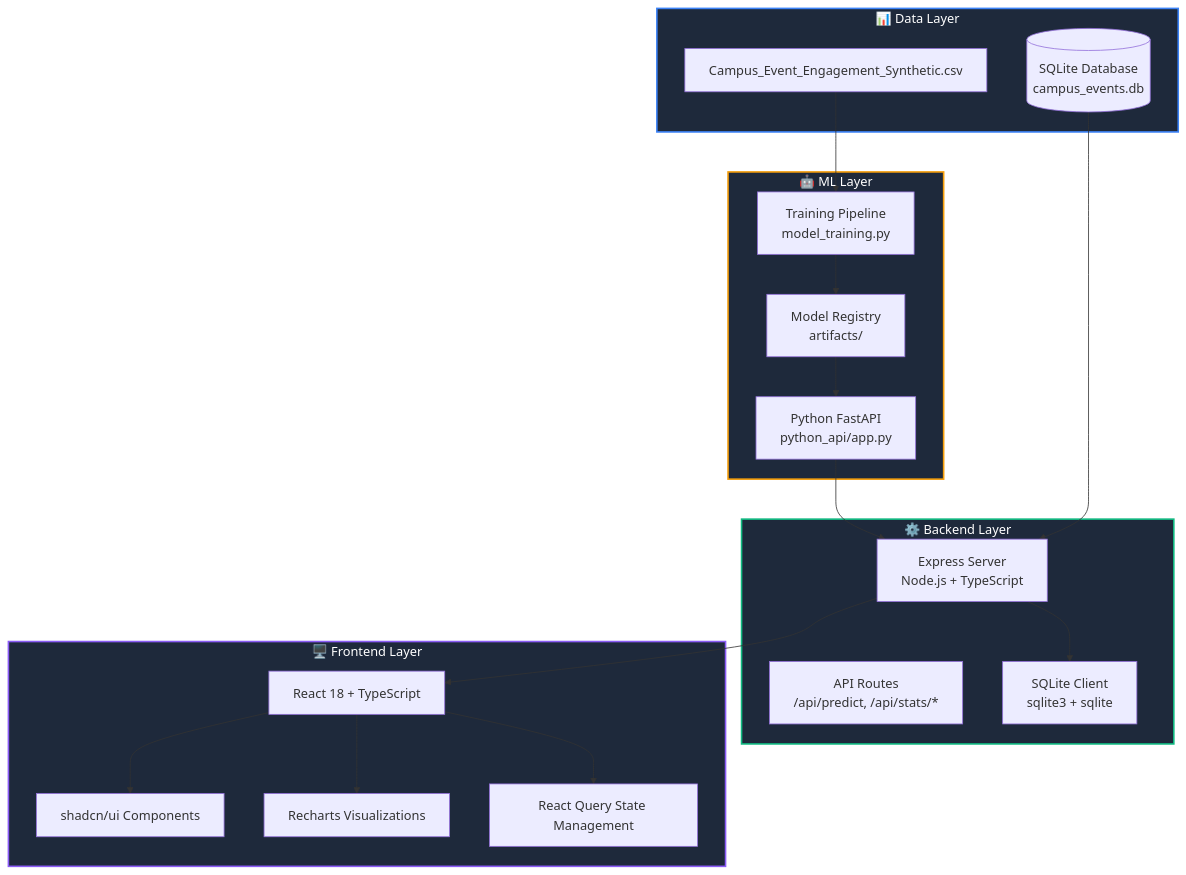
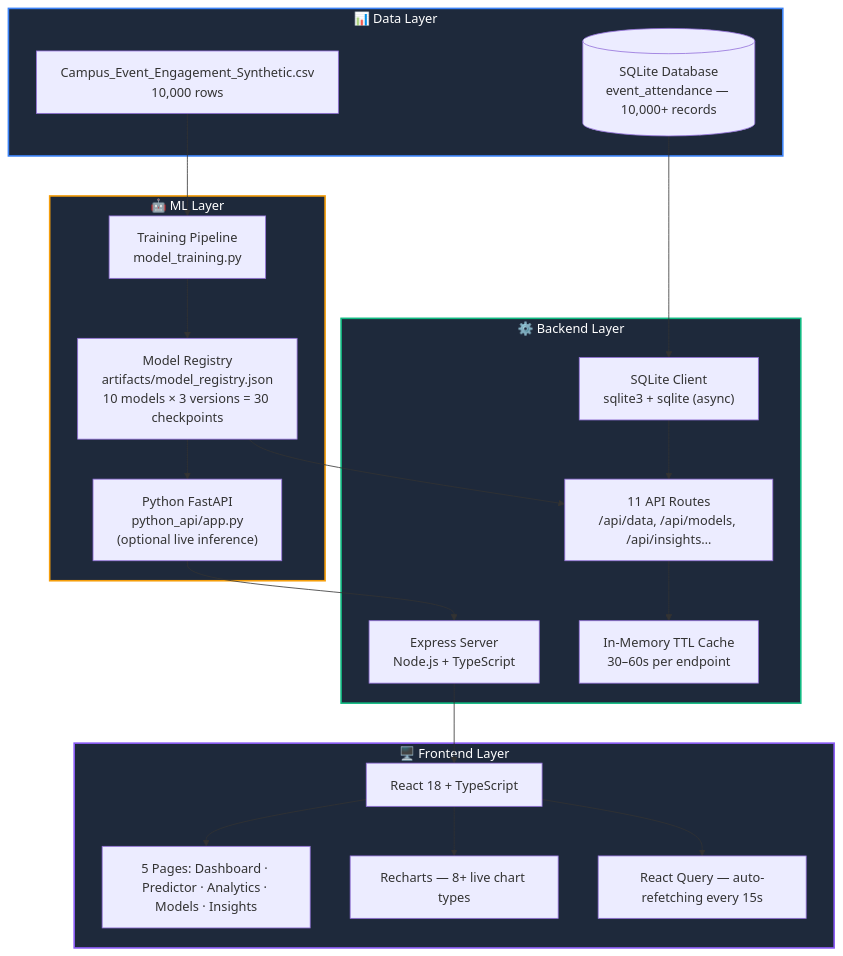
One commit to vengeance0112/Campus-Intel---Hackathon-3 changed the second of 15 diagrams in README.md. Above: the diagram before and after it, drawn with Mermaid. The commit also changed other lines of this file, not shown here.

````diff
--- a/README.md
+++ b/README.md
@@ -103,44 +164,47 @@
 ```mermaid
 flowchart TB
     subgraph Data["📊 Data Layer"]
-        CSV["Campus_Event_Engagement_Synthetic.csv"]
-        DB[("SQLite Database<br/>campus_events.db")]
+        CSV["Campus_Event_Engagement_Synthetic.csv\n10,000 rows"]
+        DB[("SQLite Database\nevent_attendance — 10,000+ records")]
     end
-    
+
     subgraph ML["🤖 ML Layer"]
-        Training["Training Pipeline<br/>model_training.py"]
-        Models["Model Registry<br/>artifacts/"]
-        PythonAPI["Python FastAPI<br/>python_api/app.py"]
+        Training["Training Pipeline\nmodel_training.py"]
+        Registry["Model Registry\nartifacts/model_registry.json\n10 models × 3 versions = 30 checkpoints"]
+        PythonAPI["Python FastAPI\npython_api/app.py\n(optional live inference)"]
     end
-    
+
     subgraph Server["⚙️ Backend Layer"]
-        Express["Express Server<br/>Node.js + TypeScript"]
-        Routes["API Routes<br/>/api/predict, /api/stats/*"]
-        SQLite["SQLite Client<br/>sqlite3 + sqlite"]
+        Express["Express Server\nNode.js + TypeScript"]
+        Routes["11 API Routes\n/api/data, /api/models, /api/insights…"]
+        Cache["In-Memory TTL Cache\n30–60s per endpoint"]
+        SQLite["SQLite Client\nsqlite3 + sqlite (async)"]
     end
-    
+
     subgraph Client["🖥️ Frontend Layer"]
         React["React 18 + TypeScript"]
-        UI["shadcn/ui Components"]
-        Charts["Recharts Visualizations"]
-        State["React Query State Management"]
+        Pages["5 Pages: Dashboard · Predictor · Analytics · Models · Insights"]
+        Charts["Recharts — 8+ live chart types"]
+        State["React Query — auto-refetching every 15s"]
     end
-    
+
     CSV --> Training
-    Training --> Models
-    Models --> PythonAPI
+    Training --> Registry
+    Registry --> PythonAPI
+    Registry --> Routes
     PythonAPI --> Express
-    
-    DB --> Express
-    Express --> SQLite
-    
+
+    DB --> SQLite
+    SQLite --> Routes
+    Routes --> Cache
     Express --> React
-    React --> UI
+
+    React --> Pages
     React --> Charts
     React --> State
-    
+
     style Data fill:#1e293b,stroke:#3b82f6,stroke-width:2px,color:#fff
-    style ML fill:#1e293b,stroke:#f59e0b,stroke-width:2px,stroke-width:2px,color:#fff
+    style ML fill:#1e293b,stroke:#f59e0b,stroke-width:2px,color:#fff
     style Server fill:#1e293b,stroke:#10b981,stroke-width:2px,color:#fff
     style Client fill:#1e293b,stroke:#8b5cf6,stroke-width:2px,color:#fff
 ```
````
